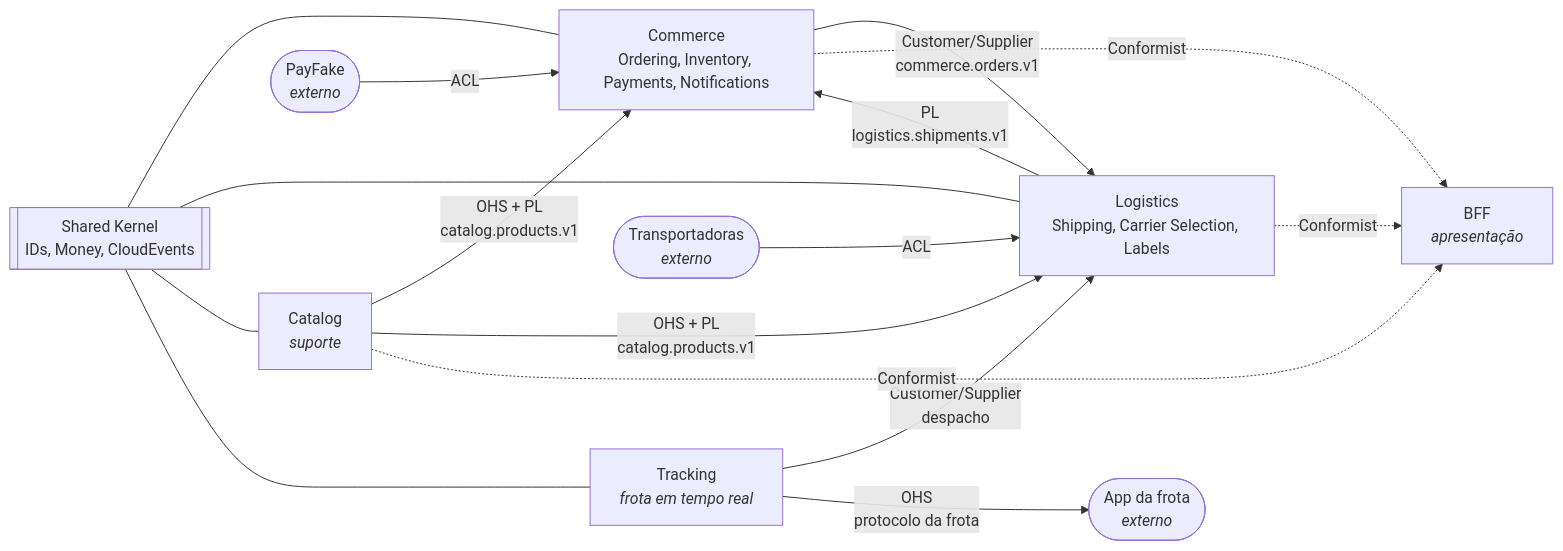
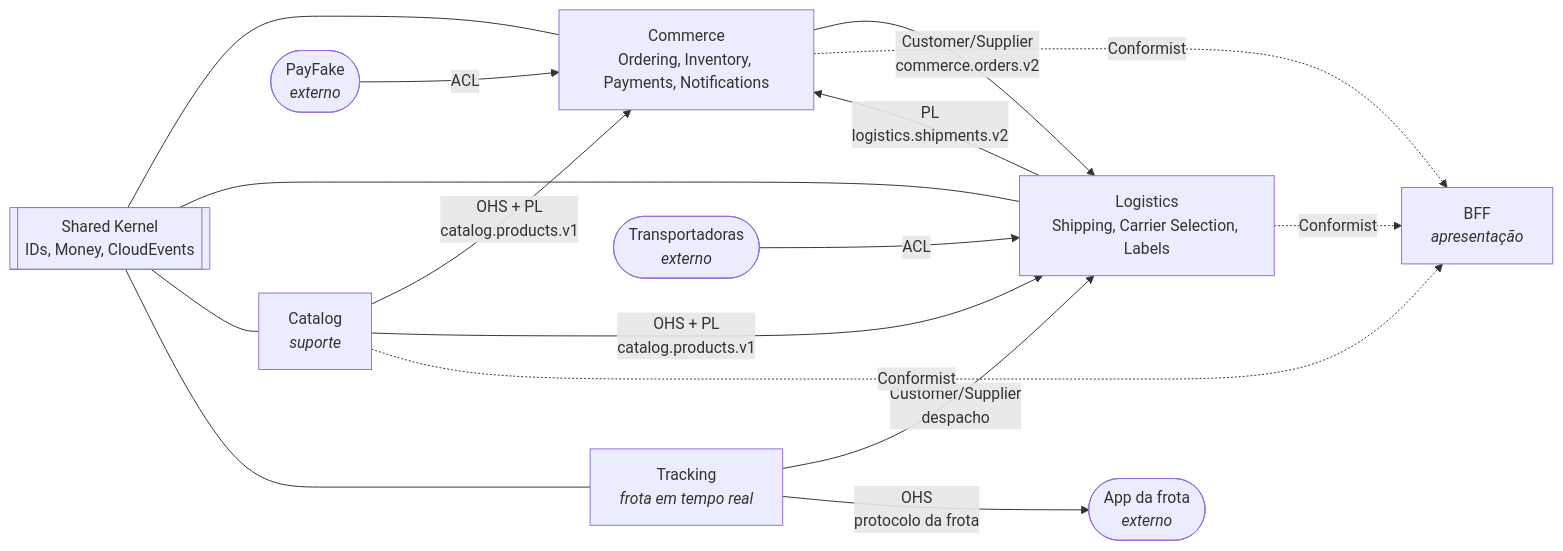
Before and after one commit to flaviotinococoutinho/Tucano_vibe_chaos: the diagram in docs/architecture/context-map.md, drawn with Mermaid. The commit also changed 12 other files, not shown here.

````diff
--- a/docs/architecture/context-map.md
+++ b/docs/architecture/context-map.md
@@ -5,28 +5,28 @@
 ```mermaid
 flowchart LR
   catalog["Catalog<br/><i>suporte</i>"]
   commerce["Commerce<br/>Ordering, Inventory, Payments, Notifications"]
   logistics["Logistics<br/>Shipping, Carrier Selection, Labels"]
   tracking["Tracking<br/><i>frota em tempo real</i>"]
   bff["BFF<br/><i>apresentação</i>"]
   psp(["PayFake<br/><i>externo</i>"])
   carriers(["Transportadoras<br/><i>externo</i>"])
   devices(["App da frota<br/><i>externo</i>"])
   kernel[["Shared Kernel<br/>IDs, Money, CloudEvents"]]
 
   catalog -- "OHS + PL<br/>catalog.products.v1" --> commerce
   catalog -- "OHS + PL<br/>catalog.products.v1" --> logistics
-  commerce -- "Customer/Supplier<br/>commerce.orders.v1" --> logistics
-  logistics -- "PL<br/>logistics.shipments.v1" --> commerce
+  commerce -- "Customer/Supplier<br/>commerce.orders.v2" --> logistics
+  logistics -- "PL<br/>logistics.shipments.v2" --> commerce
   tracking -- "Customer/Supplier<br/>despacho" --> logistics
   psp -- "ACL" --> commerce
   carriers -- "ACL" --> logistics
   tracking -- "OHS<br/>protocolo da frota" --> devices
   commerce -. "Conformist" .-> bff
   logistics -. "Conformist" .-> bff
   catalog -. "Conformist" .-> bff
   kernel --- commerce
   kernel --- logistics
   kernel --- catalog
   kernel --- tracking
 ```
````
